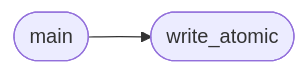
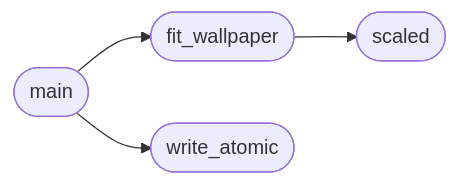
The diagram in readmenator-apidocs/modules/tools.gen_desktop_pngs.py.md (grisuno/miniOS), drawn with Mermaid before and after one commit. The commit also changed other lines of this file and 222 other files, not shown here.

````diff
--- a/readmenator-apidocs/modules/tools.gen_desktop_pngs.py.md
+++ b/readmenator-apidocs/modules/tools.gen_desktop_pngs.py.md
@@ -49,6 +50,10 @@
 ```mermaid
 flowchart LR
+    n_tools_gen_desktop_pngs_py__fit_wallpaper(["fit_wallpaper"])
+    n_tools_gen_desktop_pngs_py__scaled(["scaled"])
     n_tools_gen_desktop_pngs_py__main(["main"])
     n_tools_gen_desktop_pngs_py__write_atomic(["write_atomic"])
+    n_tools_gen_desktop_pngs_py__fit_wallpaper --> n_tools_gen_desktop_pngs_py__scaled
+    n_tools_gen_desktop_pngs_py__main --> n_tools_gen_desktop_pngs_py__fit_wallpaper
     n_tools_gen_desktop_pngs_py__main --> n_tools_gen_desktop_pngs_py__write_atomic
 ```
````
